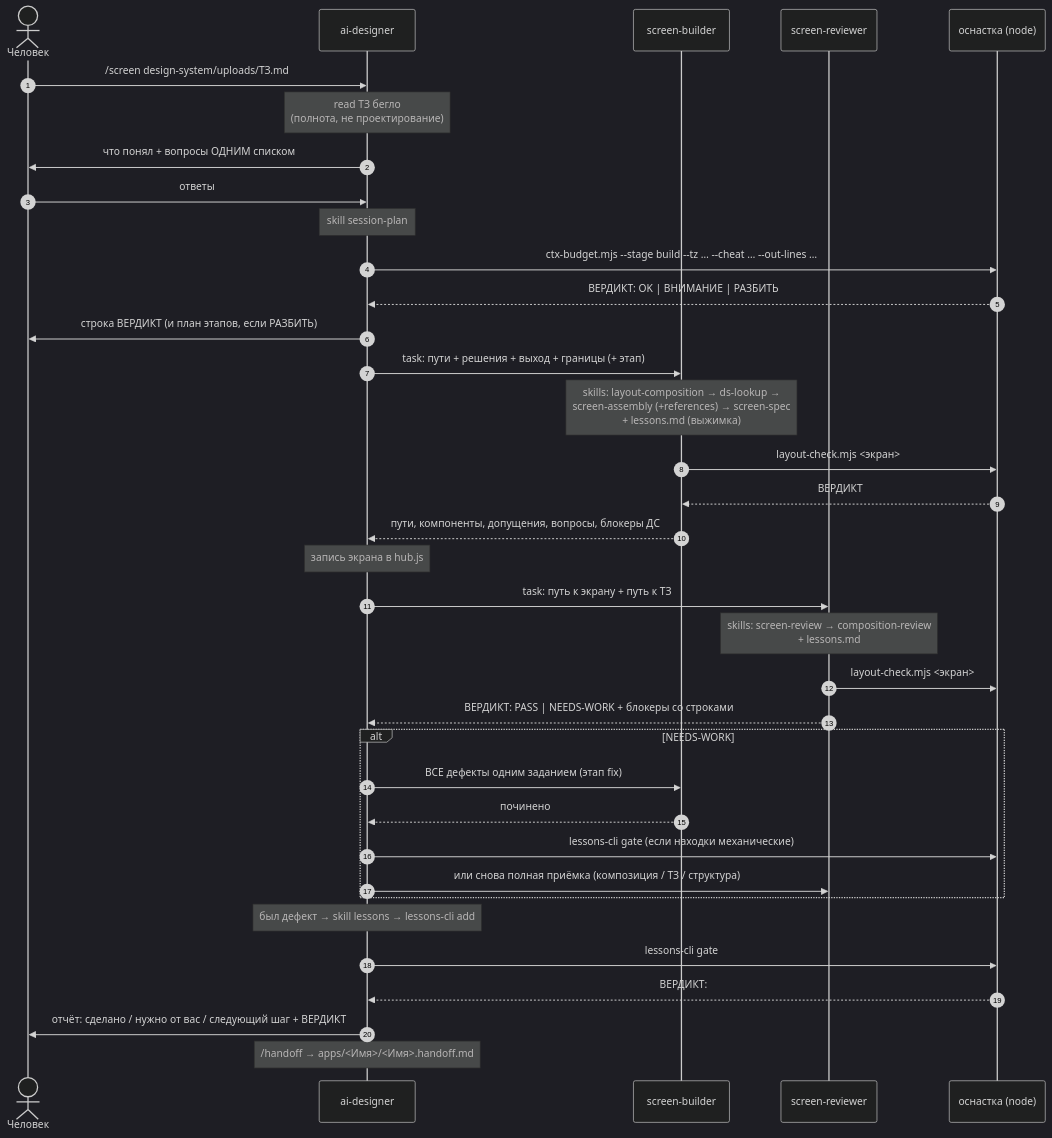
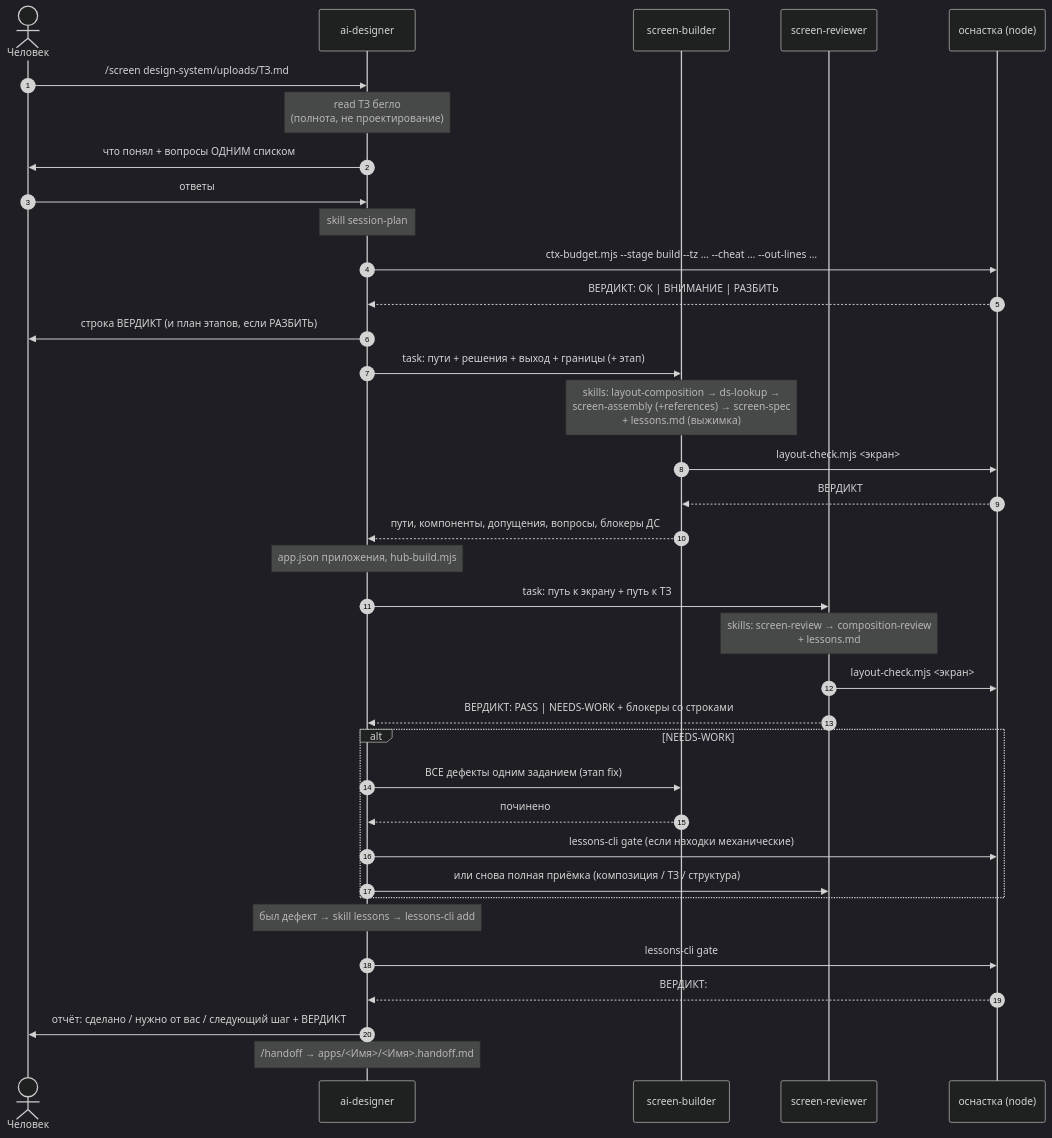
The third of 4 diagrams in docs/agent-ai-designer-working-process.md (sarosekml/ibp-design-project), drawn with Mermaid (dark theme) before and after one commit. The commit also changed other lines of this file and 22 other files, not shown here.

````diff
--- a/docs/agent-ai-designer-working-process.md
+++ b/docs/agent-ai-designer-working-process.md
@@ -169,43 +169,43 @@
 ```mermaid
 sequenceDiagram
     autonumber
     actor H as Человек
     participant D as ai-designer
     participant B as screen-builder
     participant R as screen-reviewer
     participant T as оснастка (node)
 
     H->>D: /screen design-system/uploads/ТЗ.md
     Note over D: read ТЗ бегло<br/>(полнота, не проектирование)
     D->>H: что понял + вопросы ОДНИМ списком
     H->>D: ответы
     Note over D: skill session-plan
     D->>T: ctx-budget.mjs --stage build --tz … --cheat … --out-lines …
     T-->>D: ВЕРДИКТ: OK | ВНИМАНИЕ | РАЗБИТЬ
     D->>H: строка ВЕРДИКТ (и план этапов, если РАЗБИТЬ)
 
     D->>B: task: пути + решения + выход + границы (+ этап)
     Note over B: skills: layout-composition → ds-lookup →<br/>screen-assembly (+references) → screen-spec<br/>+ lessons.md (выжимка)
     B->>T: layout-check.mjs <экран>
     T-->>B: ВЕРДИКТ
     B-->>D: пути, компоненты, допущения, вопросы, блокеры ДС
-    Note over D: запись экрана в hub.js
+    Note over D: app.json приложения, hub-build.mjs
 
     D->>R: task: путь к экрану + путь к ТЗ
     Note over R: skills: screen-review → composition-review<br/>+ lessons.md
     R->>T: layout-check.mjs <экран>
     R-->>D: ВЕРДИКТ: PASS | NEEDS-WORK + блокеры со строками
 
     alt NEEDS-WORK
         D->>B: ВСЕ дефекты одним заданием (этап fix)
         B-->>D: починено
         D->>T: lessons-cli gate (если находки механические)
         D->>R: или снова полная приёмка (композиция / ТЗ / структура)
     end
 
     Note over D: был дефект → skill lessons → lessons-cli add
     D->>T: lessons-cli gate
     T-->>D: ВЕРДИКТ:
     D->>H: отчёт: сделано / нужно от вас / следующий шаг + ВЕРДИКТ
     Note over D: /handoff → apps/<Имя>/<Имя>.handoff.md
 ```
````
